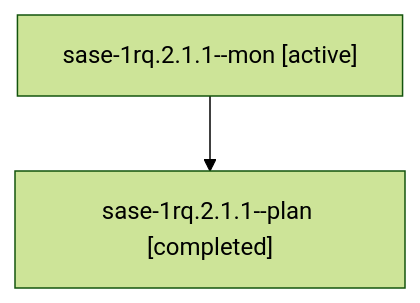
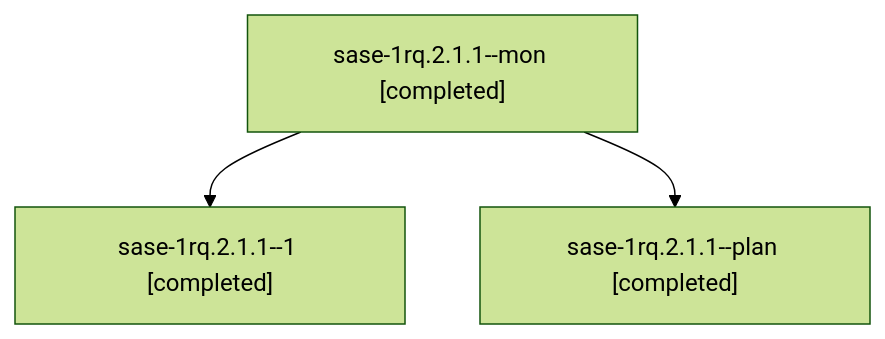
One commit to sase-org/sase--agents changed the diagram in sessions/bbugyi200.athena.sase-1rq.2.1.1.md. Above: the diagram before and after it, drawn with Mermaid (forest theme). The commit also changed other lines of this file and 146 other files, not shown here.

````diff
--- a/sessions/bbugyi200.athena.sase-1rq.2.1.1.md
+++ b/sessions/bbugyi200.athena.sase-1rq.2.1.1.md
@@ -9,6 +9,8 @@
 ```mermaid
 flowchart TD
-  n0["sase-1rq.2.1.1--mon [active]"]
-  n1["sase-1rq.2.1.1--plan [completed]"]
+  n0["sase-1rq.2.1.1--mon [completed]"]
+  n1["sase-1rq.2.1.1--1 [completed]"]
   n0 --> n1
+  n2["sase-1rq.2.1.1--plan [completed]"]
+  n0 --> n2
 ```
````
